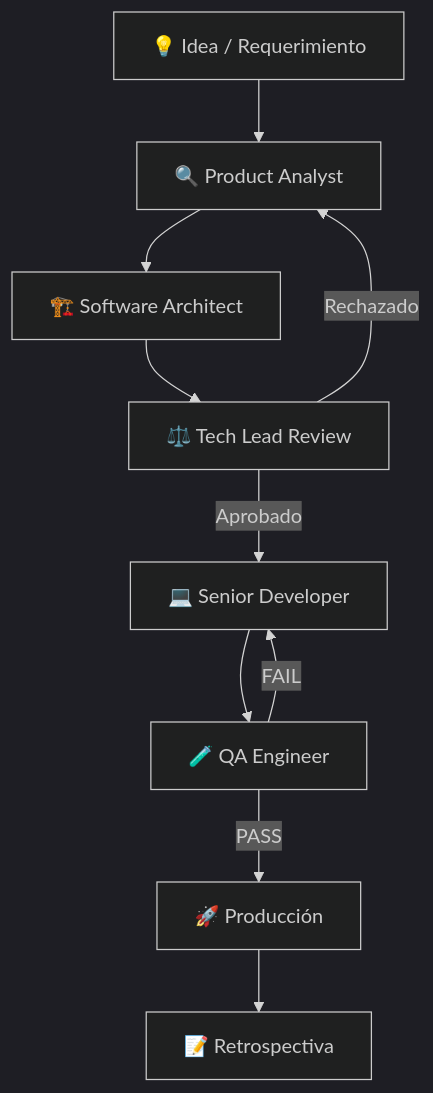
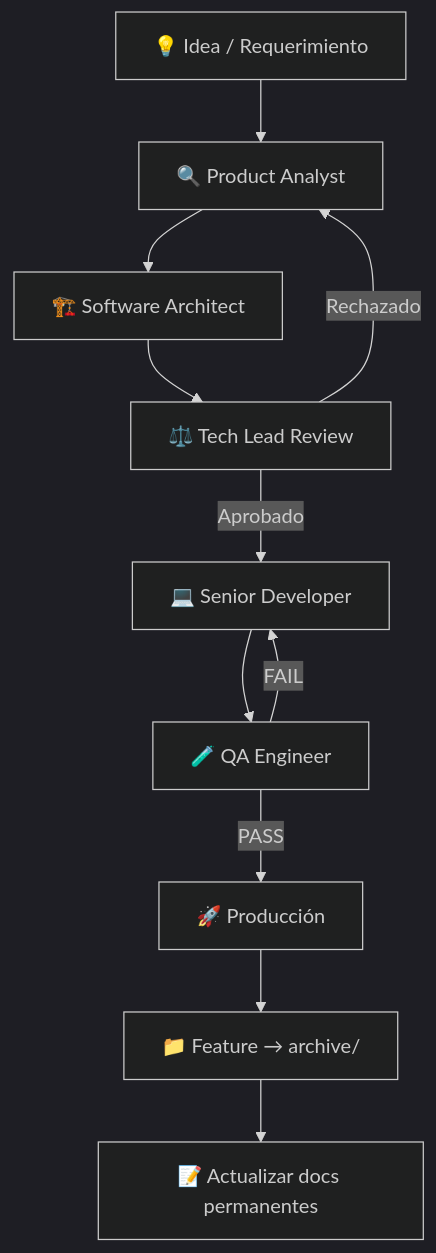
One commit to ezequielmendoza-dev/ai-agents changed the diagram in README.md. Above: the diagram before and after it, drawn with Mermaid (dark theme). The commit also changed other lines of this file and 16 other files, not shown here.

````diff
--- a/README.md
+++ b/README.md
@@ -113,12 +158,13 @@
 ```mermaid
 flowchart TD
     A[💡 Idea / Requerimiento] --> B[🔍 Product Analyst]
     B --> C[🏗️ Software Architect]
     C --> D[⚖️ Tech Lead Review]
     D -->|Aprobado| E[💻 Senior Developer]
     D -->|Rechazado| B
     E --> F[🧪 QA Engineer]
     F -->|PASS| G[🚀 Producción]
     F -->|FAIL| E
-    G --> H[📝 Retrospectiva]
+    G --> H[📁 Feature → archive/]
+    H --> I[📝 Actualizar docs permanentes]
 ```
````
